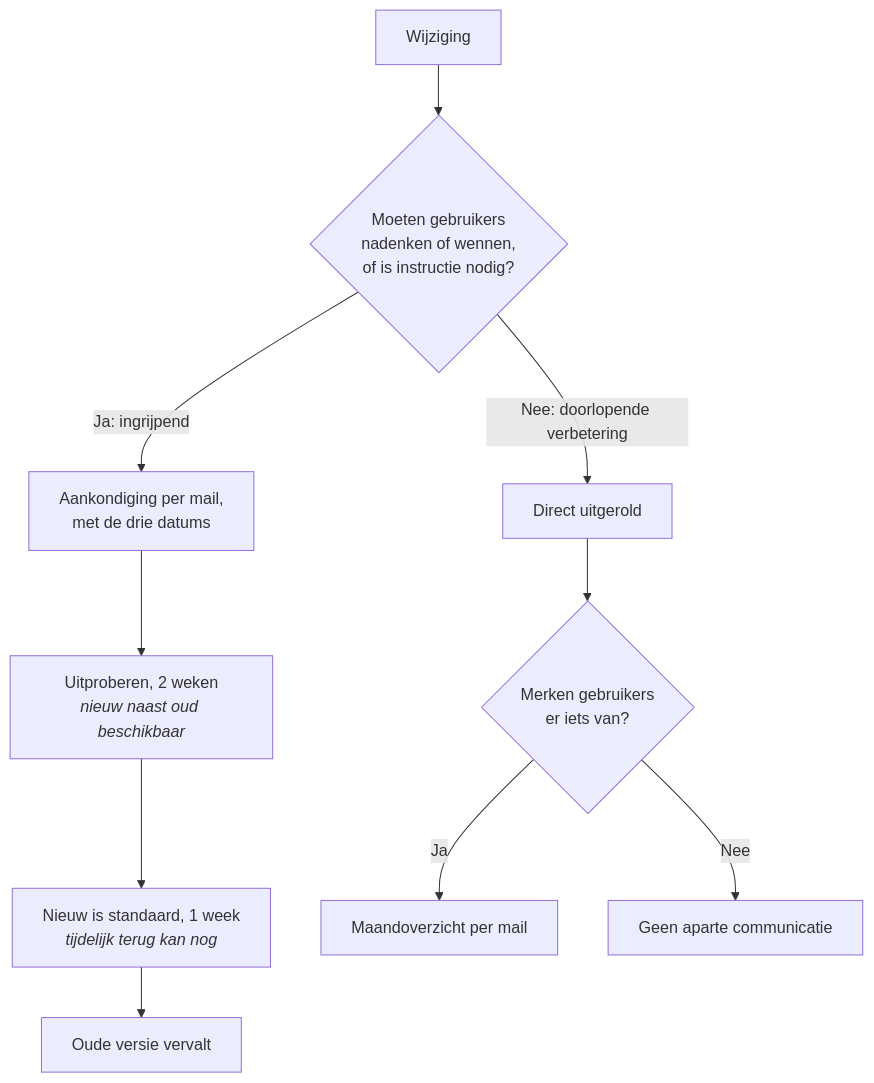
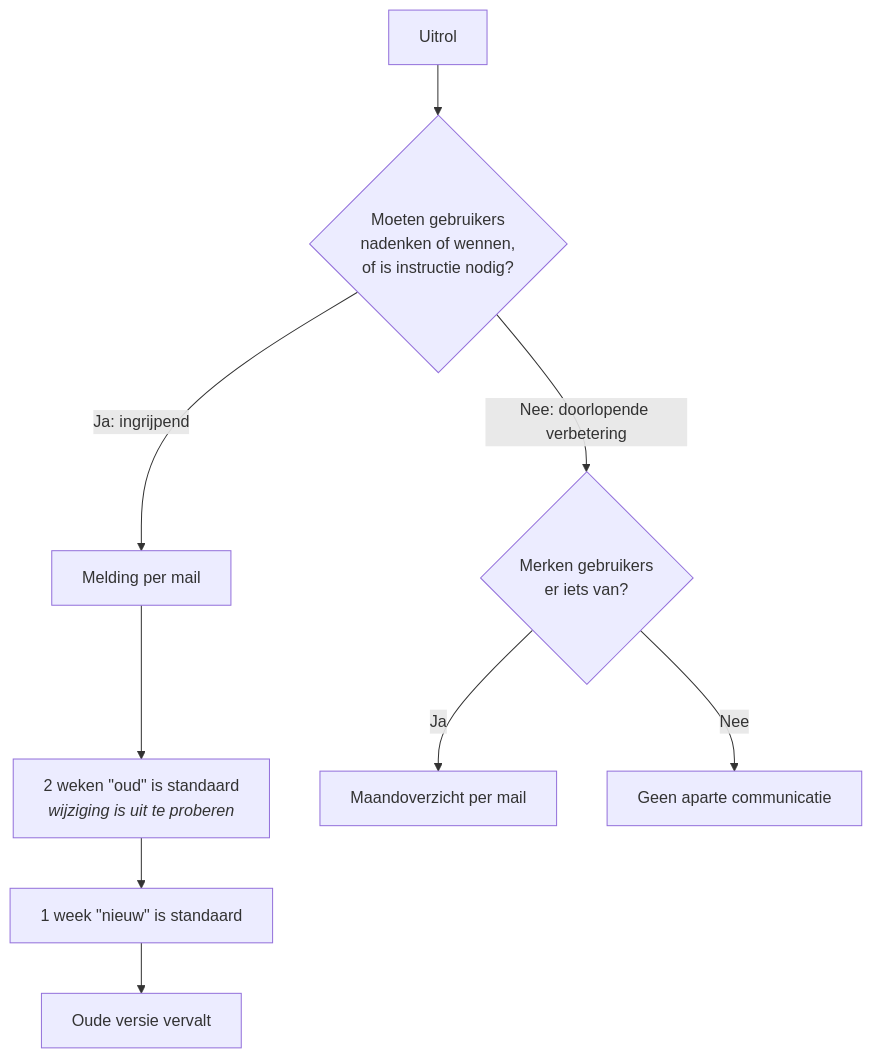
The diagram in src/content/docs/beleid/releasebeleid.md (roqua/documentation), drawn with Mermaid before and after one commit. The commit also changed other lines of this file, not shown here.

````diff
--- a/src/content/docs/beleid/releasebeleid.md
+++ b/src/content/docs/beleid/releasebeleid.md
@@ -13,14 +12,13 @@
 ```mermaid
 graph TD
-  W[Wijziging] --> T{Moeten gebruikers<br>nadenken of wennen,<br>of is instructie nodig?}
+  W[Uitrol] --> T{Moeten gebruikers<br>nadenken of wennen,<br>of is instructie nodig?}
 
-  T -- "Ja: ingrijpend" --> M[Aankondiging per mail,<br>met de drie datums]
-  M --> B[Uitproberen, 2 weken<br><i>nieuw naast oud beschikbaar</i>]
-  B --> C[Nieuw is standaard, 1 week<br><i>tijdelijk terug kan nog</i>]
+  T -- "Ja: ingrijpend" --> M[Melding per mail]
+  M --> B[2 weken #quot;oud#quot; is standaard<br/><i>wijziging is uit te proberen</i>]
+  B --> C[1 week #quot;nieuw#quot; is standaard]
   C --> D[Oude versie vervalt]
 
-  T -- "Nee: doorlopende verbetering" --> K[Direct uitgerold]
-  K --> Z{Merken gebruikers<br>er iets van?}
+  T -- "Nee: doorlopende verbetering" --> Z{Merken gebruikers<br>er iets van?}
   Z -- Ja --> G[Maandoverzicht per mail]
   Z -- Nee --> S[Geen aparte communicatie]
 ```
````
